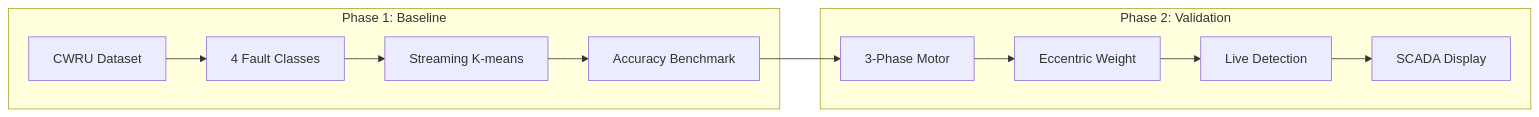
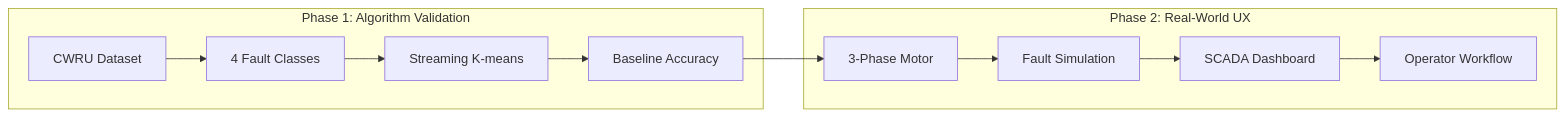
One commit to leekaize/tinyol-hitl changed the third of 8 diagrams in slidev/slides.md. Above: the diagram before and after it, drawn with Mermaid. The commit also changed other lines of this file and 5 other files, not shown here.

````diff
--- a/slidev/slides.md
+++ b/slidev/slides.md
@@ -154,16 +164,16 @@
 ```mermaid
 flowchart LR
-    subgraph Phase1[Phase 1: Baseline]
+    subgraph Phase1[Phase 1: Algorithm Validation]
         A[CWRU Dataset] --> B[4 Fault Classes]
         B --> C[Streaming K-means]
-        C --> D[Accuracy Benchmark]
+        C --> D[Baseline Accuracy]
     end
 
-    subgraph Phase2[Phase 2: Validation]
-        E[3-Phase Motor] --> F[Eccentric Weight]
-        F --> G[Live Detection]
-        G --> H[SCADA Display]
+    subgraph Phase2[Phase 2: Real-World UX]
+        E[3-Phase Motor] --> F[Fault Simulation]
+        F --> G[SCADA Dashboard]
+        G --> H[Operator Workflow]
     end
 
     D --> E
 ```
````
